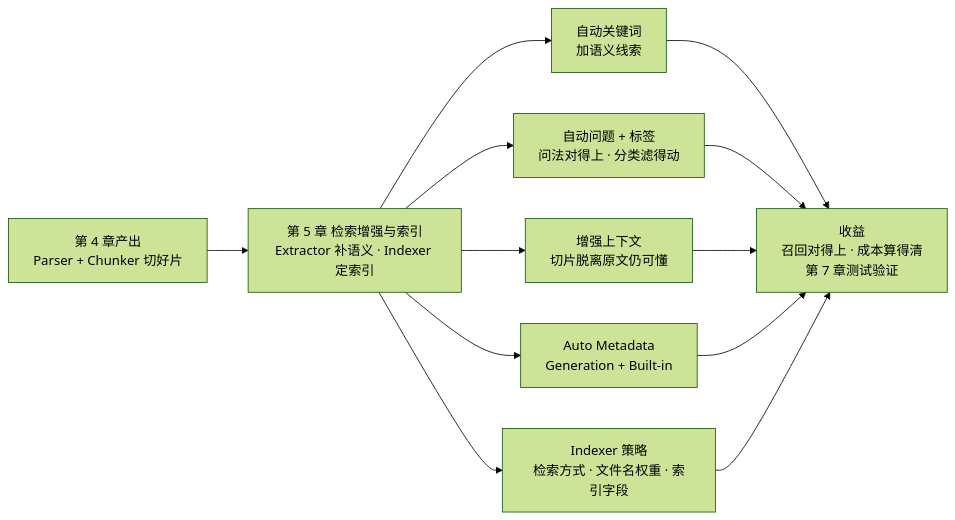
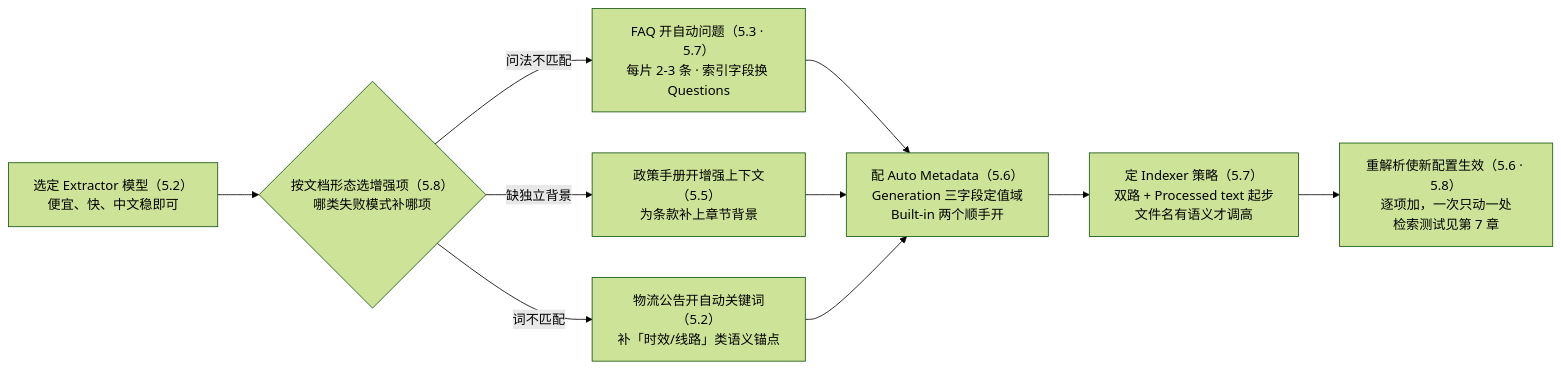
One commit to ybak/ai-tutorial changed the first of 3 diagrams in books/ragflow/chapters/05-enrichment-indexing.md. Above: the diagram before and after it, drawn with Mermaid (forest theme). The commit also changed other lines of this file and 12 other files, not shown here.

First line of the commit message:
docs(ragflow): 章首图升级为操作流程图——第 3 章试点后全书推广,写作指南双图式修订

````diff
--- a/books/ragflow/chapters/05-enrichment-indexing.md
+++ b/books/ragflow/chapters/05-enrichment-indexing.md
@@ -11,14 +11,12 @@
 ```mermaid
 flowchart LR
-    A["第 4 章产出<br/>Parser + Chunker 切好片"] --> B["第 5 章 检索增强与索引<br/>Extractor 补语义 · Indexer 定索引"]
-    B --> C["自动关键词<br/>加语义线索"]
-    B --> D["自动问题 + 标签<br/>问法对得上 · 分类滤得动"]
-    B --> E["增强上下文<br/>切片脱离原文仍可懂"]
-    B --> F["Auto Metadata<br/>Generation + Built-in"]
-    B --> G["Indexer 策略<br/>检索方式 · 文件名权重 · 索引字段"]
-    C --> H["收益<br/>召回对得上 · 成本算得清<br/>第 7 章测试验证"]
-    D --> H
-    E --> H
-    F --> H
-    G --> H
+    A["选定 Extractor 模型（5.2）<br/>便宜、快、中文稳即可"] --> B{"按文档形态选增强项（5.8）<br/>哪类失败模式补哪项"}
+    B -->|"问法不匹配"| C["FAQ 开自动问题（5.3 · 5.7）<br/>每片 2-3 条 · 索引字段换 Questions"]
+    B -->|"缺独立背景"| D["政策手册开增强上下文（5.5）<br/>为条款补上章节背景"]
+    B -->|"词不匹配"| E["物流公告开自动关键词（5.2）<br/>补「时效/线路」类语义锚点"]
+    C --> F["配 Auto Metadata（5.6）<br/>Generation 三字段定值域<br/>Built-in 两个顺手开"]
+    D --> F
+    E --> F
+    F --> G["定 Indexer 策略（5.7）<br/>双路 + Processed text 起步<br/>文件名有语义才调高"]
+    G --> H["重解析使新配置生效（5.6 · 5.8）<br/>逐项加，一次只动一处<br/>检索测试见第 7 章"]
 ```
````
